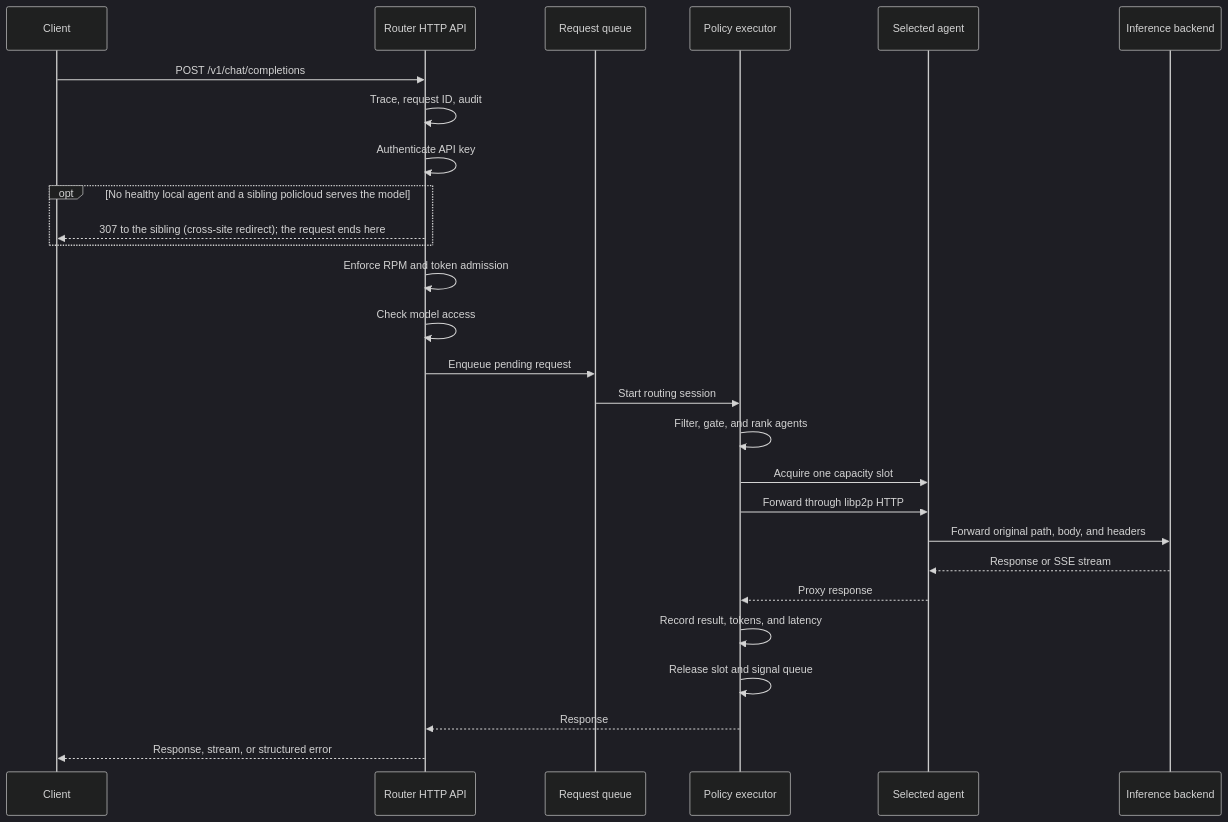
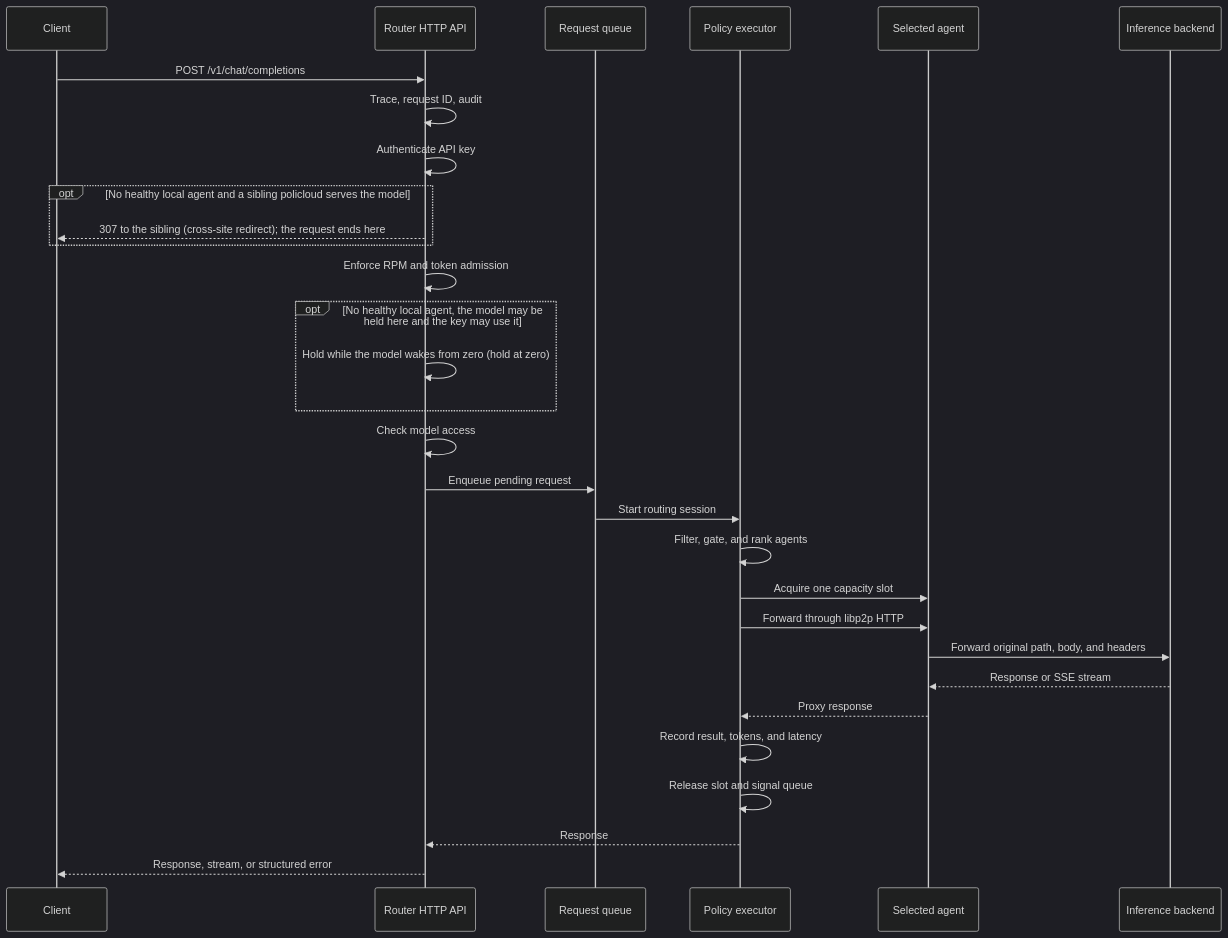
Before and after one commit to HivenetOSS/hivenet_router: the fourth of 5 diagrams in docs/reference/detailed-architecture.mdx, drawn with Mermaid (dark theme). The commit also changed other lines of this file and 13 other files, not shown here.

Commit message:
docs: scale-to-zero hold at zero (3/3) (#66)

````diff
--- a/docs/reference/detailed-architecture.mdx
+++ b/docs/reference/detailed-architecture.mdx
@@ -530,30 +530,33 @@
 ```mermaid
 sequenceDiagram
     participant C as Client
     participant H as Router HTTP API
     participant Q as Request queue
     participant P as Policy executor
     participant A as Selected agent
     participant E as Inference backend
 
     C->>H: POST /v1/chat/completions
     H->>H: Trace, request ID, audit
     H->>H: Authenticate API key
     opt No healthy local agent and a sibling policloud serves the model
         H-->>C: 307 to the sibling (cross-site redirect)#59; the request ends here
     end
     H->>H: Enforce RPM and token admission
+    opt No healthy local agent, the model may be held here and the key may use it
+        H->>H: Hold while the model wakes from zero (hold at zero)
+    end
     H->>H: Check model access
     H->>Q: Enqueue pending request
     Q->>P: Start routing session
     P->>P: Filter, gate, and rank agents
     P->>A: Acquire one capacity slot
     P->>A: Forward through libp2p HTTP
     A->>E: Forward original path, body, and headers
     E-->>A: Response or SSE stream
     A-->>P: Proxy response
     P->>P: Record result, tokens, and latency
     P->>P: Release slot and signal queue
     P-->>H: Response
     H-->>C: Response, stream, or structured error
 ```
````
